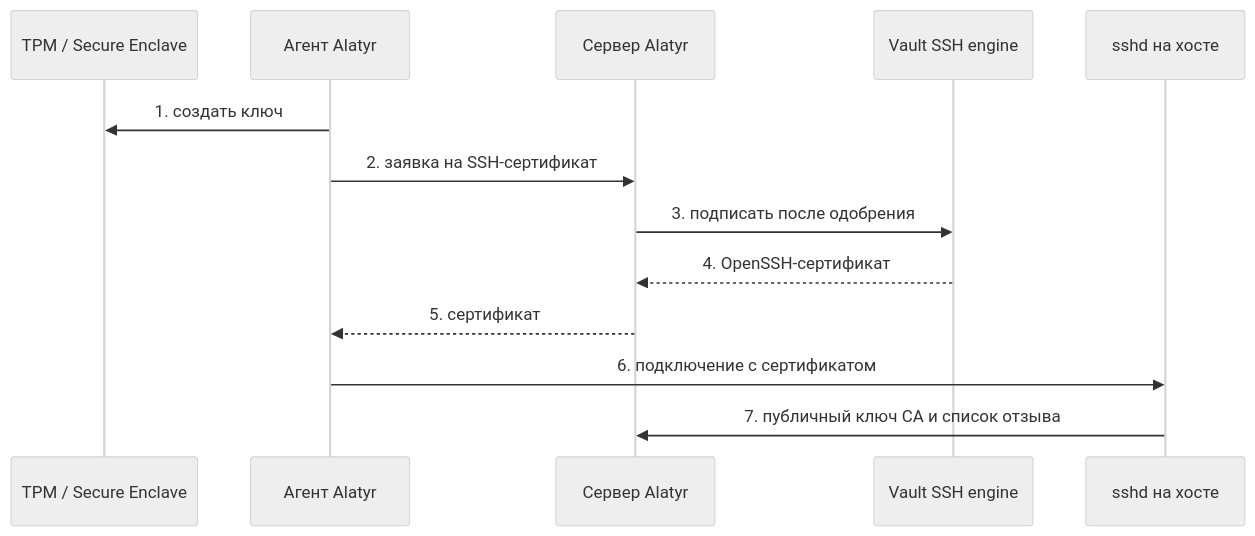
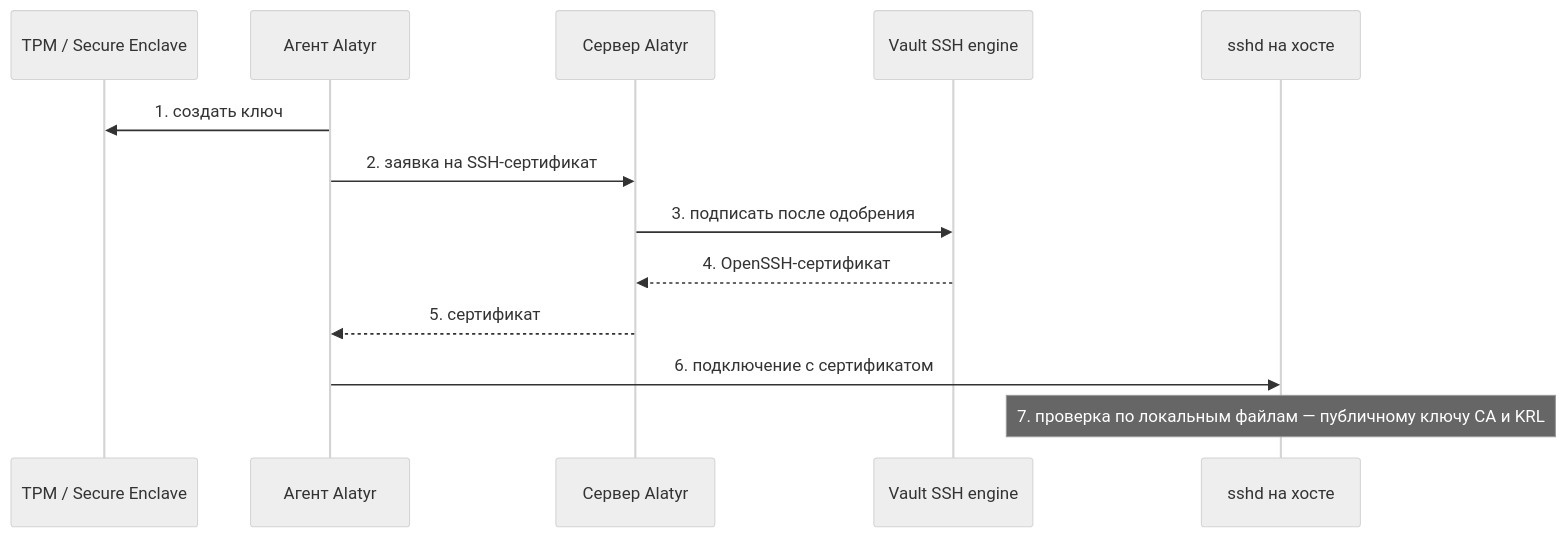
Before and after one commit to s3m4rgl/alatyr-docs: the eighth of 9 diagrams in docs/use-cases.md, drawn with Mermaid (neutral theme). The commit also changed other lines of this file and 16 other files, not shown here.

````diff
--- a/docs/use-cases.md
+++ b/docs/use-cases.md
@@ -438,16 +446,16 @@
 ```mermaid
 sequenceDiagram
     participant HW as TPM / Secure Enclave
     participant Agent as Агент Alatyr
     participant Server as Сервер Alatyr
     participant Vault as Vault SSH engine
     participant Sshd as sshd на хосте
 
     Agent->>HW: 1. создать ключ
     Agent->>Server: 2. заявка на SSH-сертификат
     Server->>Vault: 3. подписать после одобрения
     Vault-->>Server: 4. OpenSSH-сертификат
     Server-->>Agent: 5. сертификат
     Agent->>Sshd: 6. подключение с сертификатом
-    Sshd->>Server: 7. публичный ключ CA и список отзыва
+    Note over Sshd: 7. проверка по локальным файлам — публичному ключу CA и KRL
 ```
````
